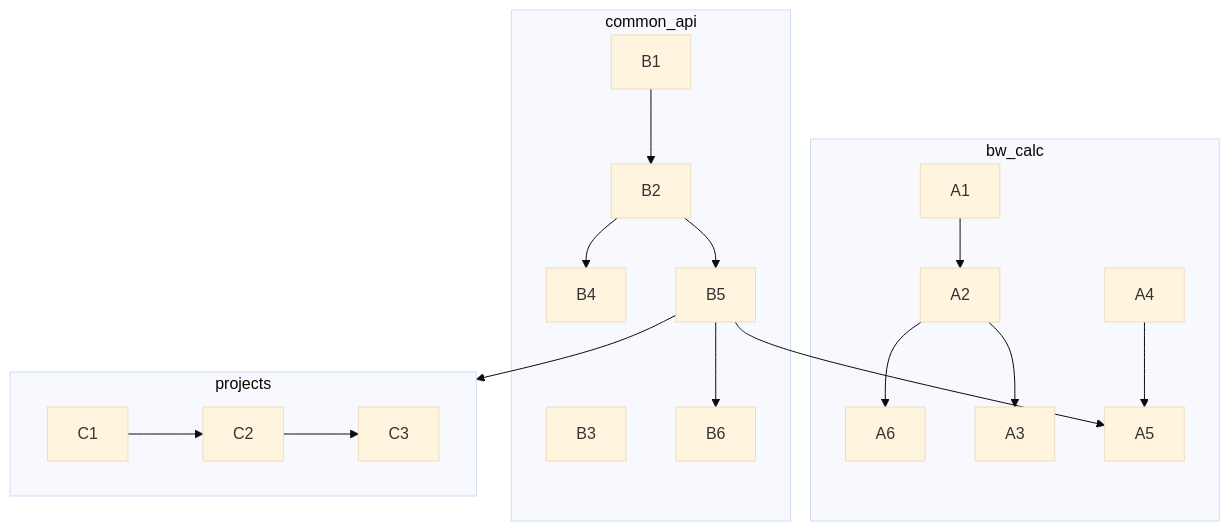
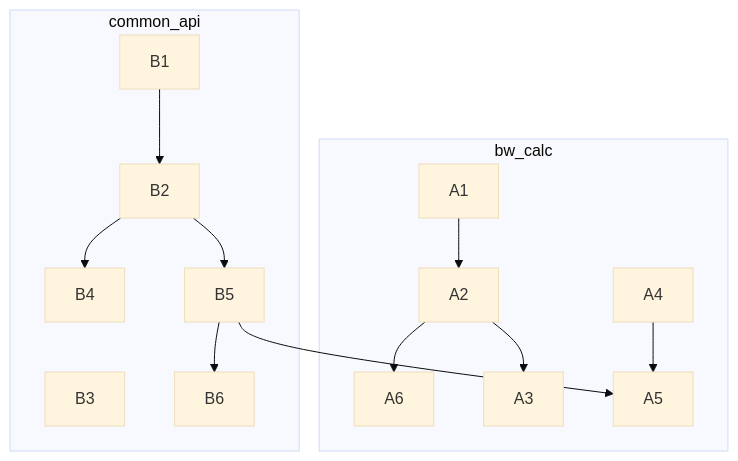
The diagram in Brightway strategic development plan.md (brightway-lca/enhancement-proposals), drawn with Mermaid (base theme) before and after one commit.

Commit message:
Try chaging type

````diff
--- a/Brightway strategic development plan.md
+++ b/Brightway strategic development plan.md
@@ -148,28 +148,21 @@
 ```mermaid
-  graph TD;
+  flowchart TD
 
   subgraph bw_calc
     A1 --> A2
     A2 --> A6
     A2 --> A3
     A4 --> A5
   end
 
   subgraph common_api
     B1 --> B2
     B2 --> B4
     B3
     B2 --> B5
     B5 --> B6
   end
 
   B5 --> A5
 
-  subgraph projects
-    C1 --> C2
-    C2 --> C3
-  end
-
-  B5 --> projects
-
 ```
````
